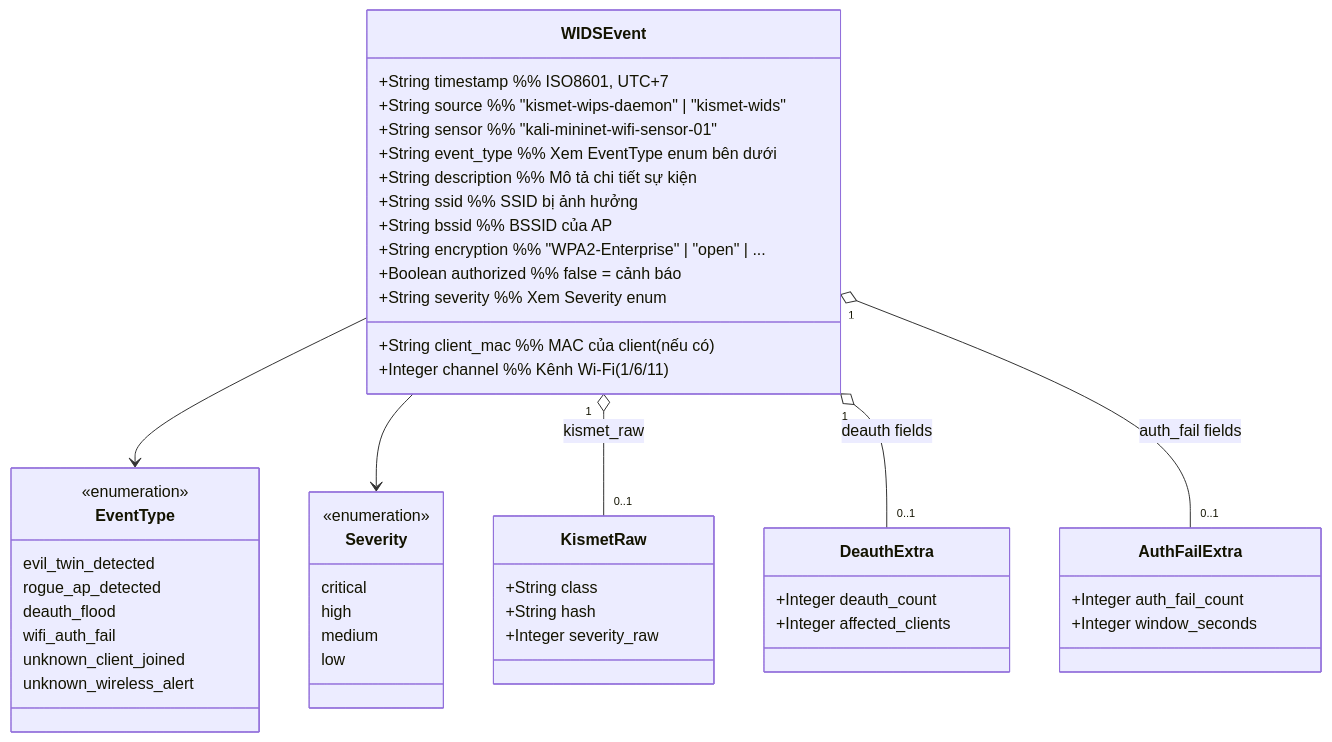
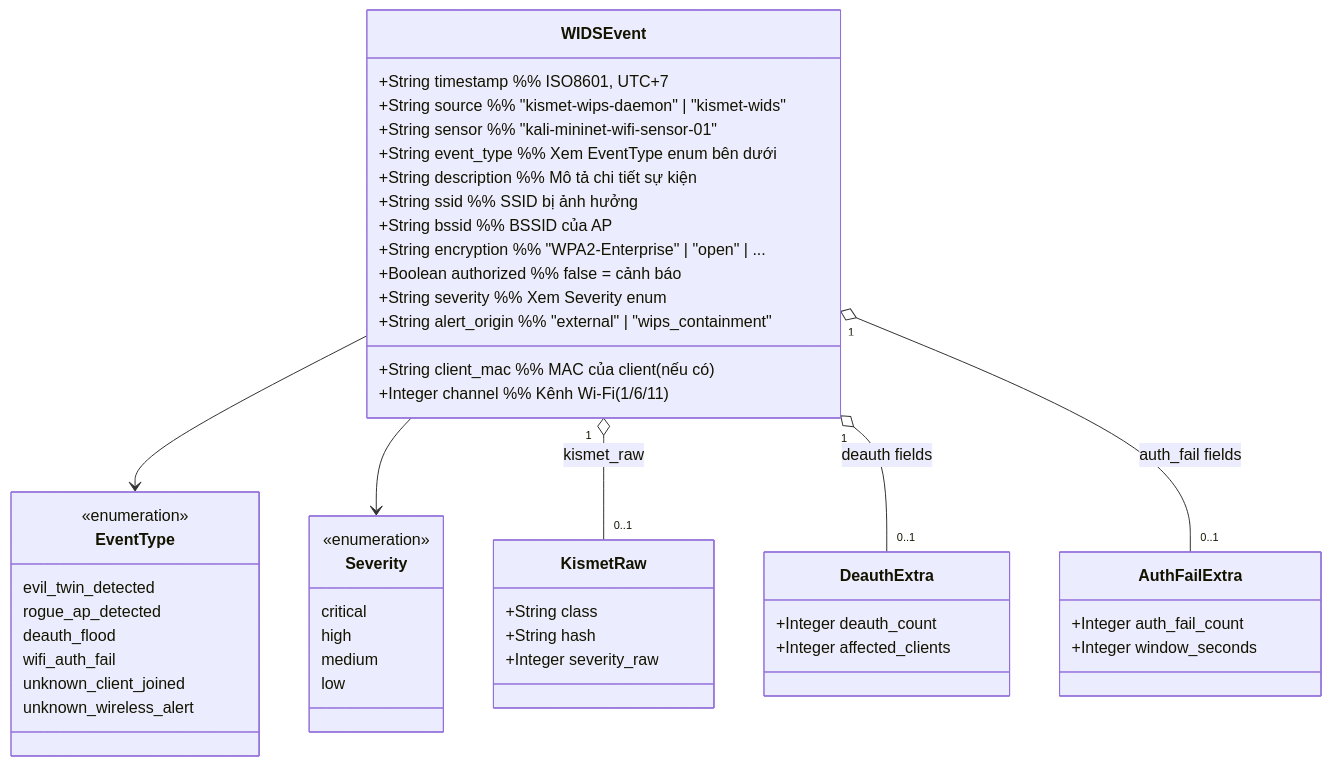
Before and after one commit to ph4n10m1808/wireless-mobile-network-security-project: the fifth of 7 diagrams in docs/DATA_FLOW.md, drawn with Mermaid. The commit also changed other lines of this file and 8 other files, not shown here.

Commit message:
docs: update system architecture documentation and adjust topology node mapping for consistency

````diff
--- a/docs/DATA_FLOW.md
+++ b/docs/DATA_FLOW.md
@@ -200,57 +211,58 @@
 ```mermaid
 classDiagram
     class WIDSEvent {
         +String timestamp           %% ISO8601, UTC+7
         +String source              %% "kismet-wips-daemon" | "kismet-wids"
         +String sensor              %% "kali-mininet-wifi-sensor-01"
         +String event_type          %% Xem EventType enum bên dưới
         +String description         %% Mô tả chi tiết sự kiện
         +String ssid                %% SSID bị ảnh hưởng
         +String bssid               %% BSSID của AP
         +String client_mac          %% MAC của client (nếu có)
         +Integer channel            %% Kênh Wi-Fi (1/6/11)
         +String encryption          %% "WPA2-Enterprise" | "open" | ...
         +Boolean authorized         %% false = cảnh báo
         +String severity            %% Xem Severity enum
+        +String alert_origin        %% "external" | "wips_containment"
     }
 
     class EventType {
         <<enumeration>>
         evil_twin_detected
         rogue_ap_detected
         deauth_flood
         wifi_auth_fail
         unknown_client_joined
         unknown_wireless_alert
     }
 
     class Severity {
         <<enumeration>>
         critical
         high
         medium
         low
     }
 
     class KismetRaw {
         +String class
         +String hash
         +Integer severity_raw
     }
 
     class DeauthExtra {
         +Integer deauth_count
         +Integer affected_clients
     }
 
     class AuthFailExtra {
         +Integer auth_fail_count
         +Integer window_seconds
     }
 
     WIDSEvent --> EventType
     WIDSEvent --> Severity
     WIDSEvent "1" o-- "0..1" KismetRaw : kismet_raw
     WIDSEvent "1" o-- "0..1" DeauthExtra : deauth fields
     WIDSEvent "1" o-- "0..1" AuthFailExtra : auth_fail fields
 ```
````
